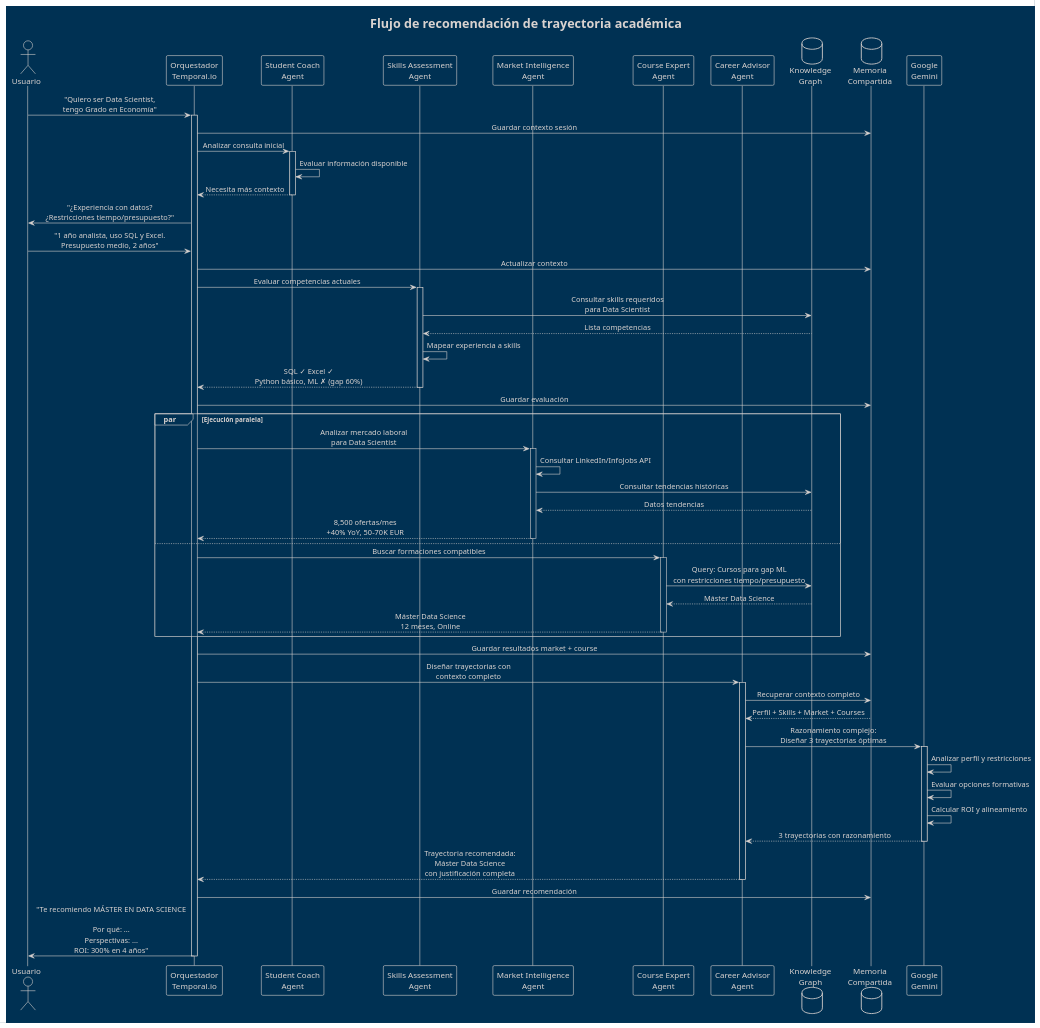
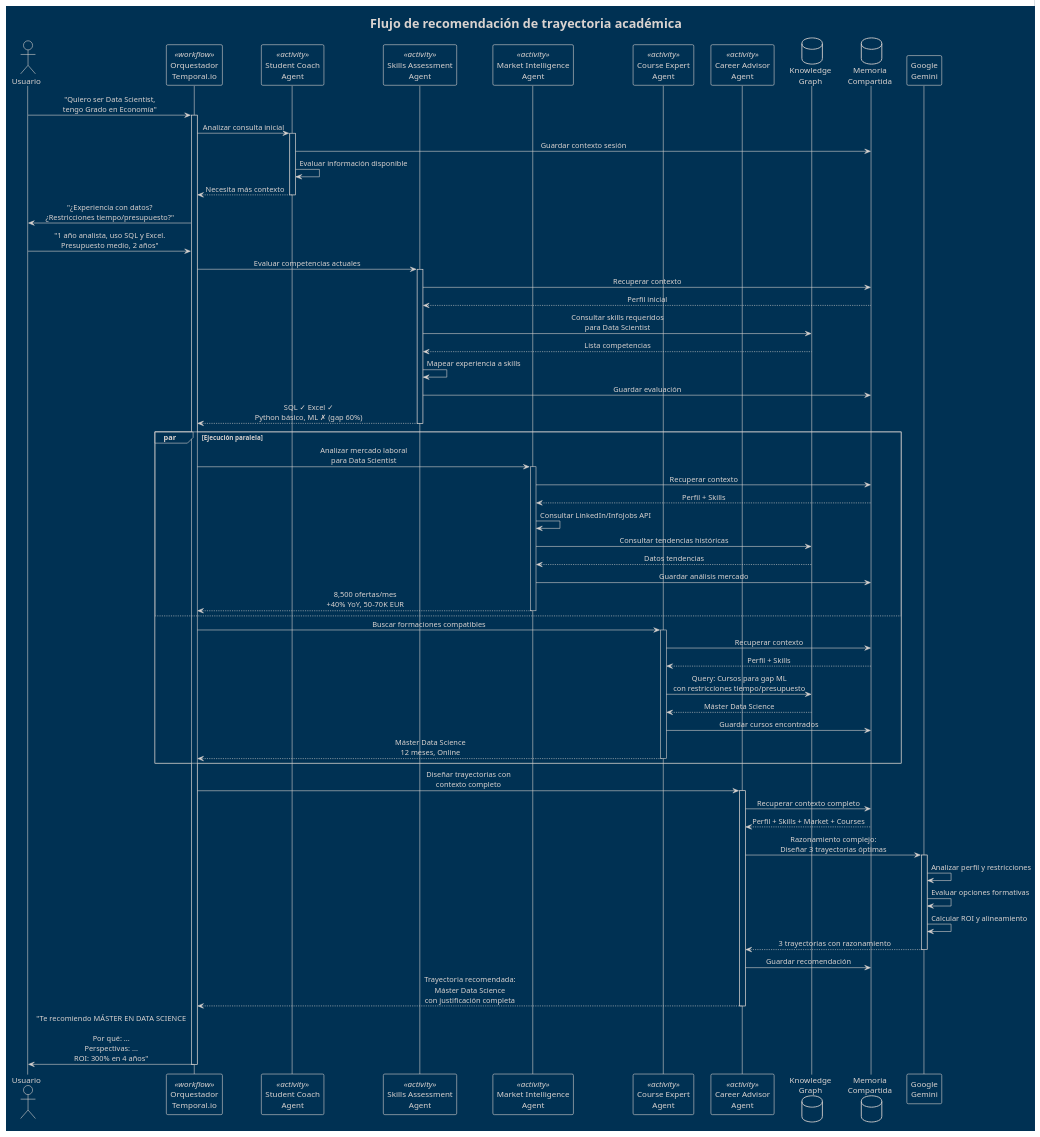
Before and after one commit to jatarifa/univ-europea-offer: the diagram in sequence-diagram.puml, drawn with PlantUML. The commit also changed 1 other file, not shown here.

```diff
--- a/sequence-diagram.puml
+++ b/sequence-diagram.puml
@@ -1,82 +1,84 @@
 @startuml sequence-diagram
 
 !theme blueprint
 skinparam responseMessageBelowArrow true
 skinparam sequenceMessageAlign center
 
 actor Usuario as user
-participant "Orquestador\nTemporal.io" as orchestrator
-participant "Student Coach\nAgent" as coach
-participant "Skills Assessment\nAgent" as skills
-participant "Market Intelligence\nAgent" as market
-participant "Course Expert\nAgent" as course
-participant "Career Advisor\nAgent" as advisor
+participant "Orquestador\nTemporal.io" as orchestrator <<workflow>>
+participant "Student Coach\nAgent" as coach <<activity>>
+participant "Skills Assessment\nAgent" as skills <<activity>>
+participant "Market Intelligence\nAgent" as market <<activity>>
+participant "Course Expert\nAgent" as course <<activity>>
+participant "Career Advisor\nAgent" as advisor <<activity>>
 database "Knowledge\nGraph" as kg
 database "Memoria\nCompartida" as memory
 participant "Google\nGemini" as gemini
 
 title Flujo de recomendación de trayectoria académica
 
 user -> orchestrator: "Quiero ser Data Scientist,\ntengo Grado en Economía"
 activate orchestrator
 
-orchestrator -> memory: Guardar contexto sesión
 orchestrator -> coach: Analizar consulta inicial
 activate coach
+coach -> memory: Guardar contexto sesión
 coach -> coach: Evaluar información disponible
 coach --> orchestrator: Necesita más contexto
 deactivate coach
 
 orchestrator -> user: "¿Experiencia con datos?\n¿Restricciones tiempo/presupuesto?"
 user -> orchestrator: "1 año analista, uso SQL y Excel.\nPresupuesto medio, 2 años"
 
-orchestrator -> memory: Actualizar contexto
-
 orchestrator -> skills: Evaluar competencias actuales
 activate skills
+skills -> memory: Recuperar contexto
+memory --> skills: Perfil inicial
 skills -> kg: Consultar skills requeridos\npara Data Scientist
 kg --> skills: Lista competencias
 skills -> skills: Mapear experiencia a skills
+skills -> memory: Guardar evaluación
 skills --> orchestrator: SQL ✓ Excel ✓\nPython básico, ML ✗ (gap 60%)
 deactivate skills
-
-orchestrator -> memory: Guardar evaluación
 
 par Ejecución paralela
     orchestrator -> market: Analizar mercado laboral\npara Data Scientist
     activate market
+    market -> memory: Recuperar contexto
+    memory --> market: Perfil + Skills
     market -> market: Consultar LinkedIn/InfoJobs API
     market -> kg: Consultar tendencias históricas
     kg --> market: Datos tendencias
+    market -> memory: Guardar análisis mercado
     market --> orchestrator: 8,500 ofertas/mes\n+40% YoY, 50-70K EUR
     deactivate market
 else
     orchestrator -> course: Buscar formaciones compatibles
     activate course
+    course -> memory: Recuperar contexto
+    memory --> course: Perfil + Skills
     course -> kg: Query: Cursos para gap ML\ncon restricciones tiempo/presupuesto
     kg --> course: Máster Data Science
+    course -> memory: Guardar cursos encontrados
     course --> orchestrator: Máster Data Science\n12 meses, Online
     deactivate course
 end
-
-orchestrator -> memory: Guardar resultados market + course
 
 orchestrator -> advisor: Diseñar trayectorias con\ncontexto completo
 activate advisor
 advisor -> memory: Recuperar contexto completo
 memory --> advisor: Perfil + Skills + Market + Courses
 advisor -> gemini: Razonamiento complejo:\nDiseñar 3 trayectorias óptimas
 activate gemini
 gemini -> gemini: Analizar perfil y restricciones
 gemini -> gemini: Evaluar opciones formativas
 gemini -> gemini: Calcular ROI y alineamiento
 gemini --> advisor: 3 trayectorias con razonamiento
 deactivate gemini
+advisor -> memory: Guardar recomendación
 advisor --> orchestrator: Trayectoria recomendada:\nMáster Data Science\ncon justificación completa
 deactivate advisor
-
-orchestrator -> memory: Guardar recomendación
 orchestrator -> user: "Te recomiendo MÁSTER EN DATA SCIENCE\n\nPor qué: ...\nPerspectivas: ...\nROI: 300% en 4 años"
 deactivate orchestrator
 
 @enduml
```
